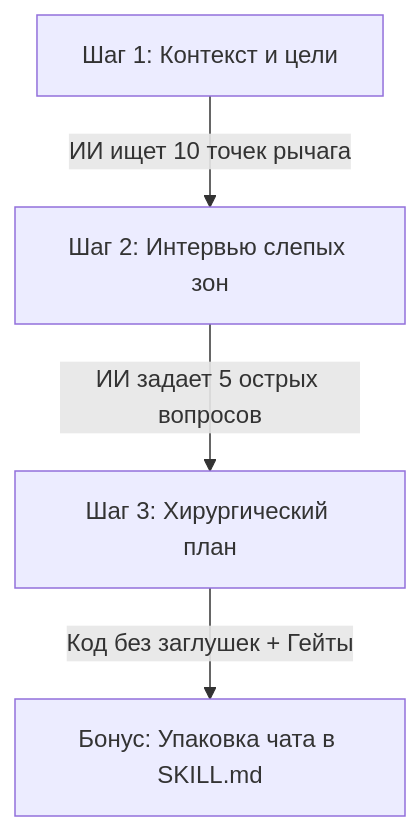
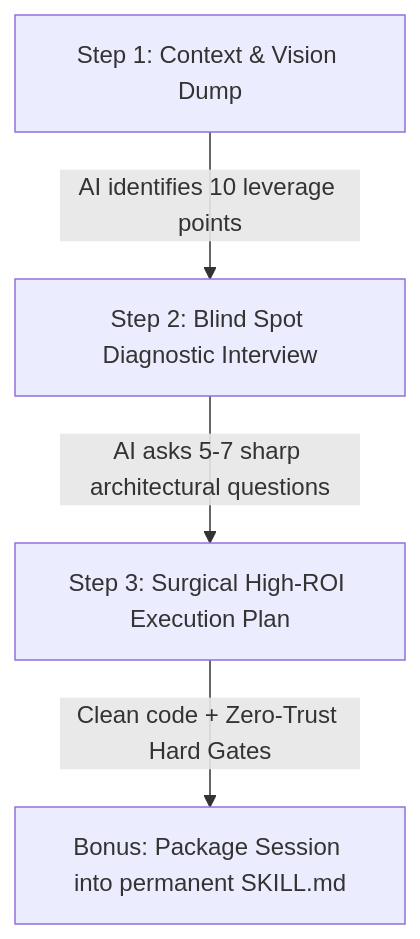
Before and after one commit to Allexndr/vibe-product-encyclopedia: the diagram in README.md, drawn with Mermaid. The commit also changed other lines of this file and 19 other files, not shown here.

````diff
--- a/README.md
+++ b/README.md
@@ -48,6 +67,6 @@
 ```mermaid
 flowchart TD
-    A["Шаг 1: Контекст и цели"] -->|"ИИ ищет 10 точек рычага"| B["Шаг 2: Интервью слепых зон"]
-    B -->|"ИИ задает 5 острых вопросов"| C["Шаг 3: Хирургический план"]
-    C -->|"Код без заглушек + Гейты"| D["Бонус: Упаковка чата в SKILL.md"]
+    A["Step 1: Context & Vision Dump"] -->|"AI identifies 10 leverage points"| B["Step 2: Blind Spot Diagnostic Interview"]
+    B -->|"AI asks 5-7 sharp architectural questions"| C["Step 3: Surgical High-ROI Execution Plan"]
+    C -->|"Clean code + Zero-Trust Hard Gates"| D["Bonus: Package Session into permanent SKILL.md"]
 ```
````
